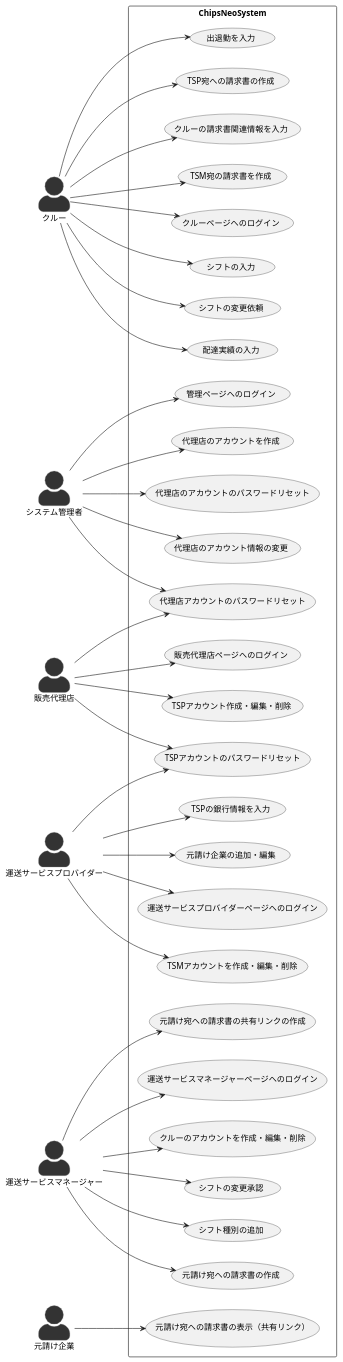
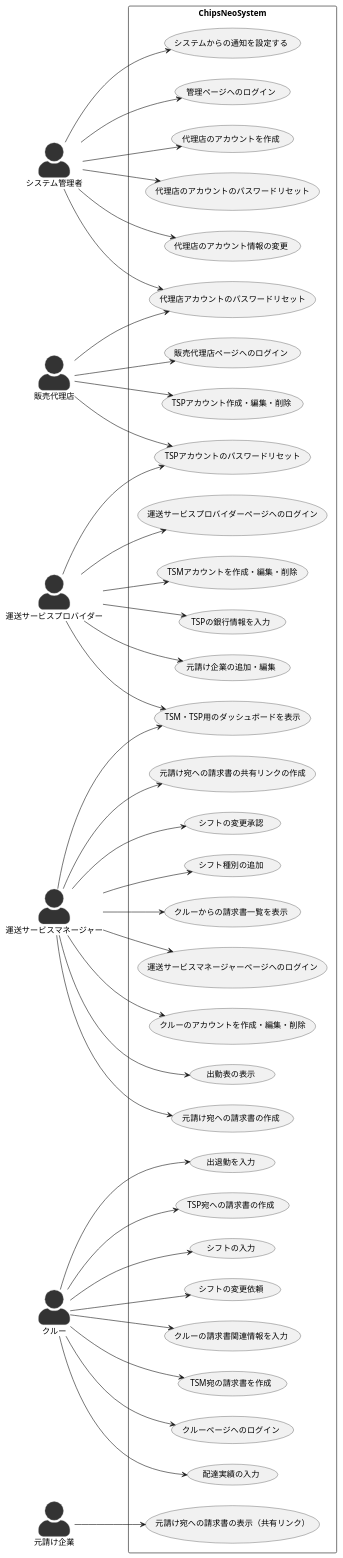
Before and after one commit to IsseiClockWise/NeoMaterials: the diagram in requirement/usecase.md, drawn with PlantUML. The commit also changed other lines of this file, not shown here.

```diff
--- a/requirement/usecase.md
+++ b/requirement/usecase.md
@@ -45,19 +45,25 @@
     usecase "TSP宛への請求書の作成"
     usecase "クルーの請求書関連情報を入力"
     usecase "シフト種別の追加"
+    usecase "システムからの通知を設定する"
+    usecase "TSM・TSP用のダッシュボードを表示"
+    usecase "クルーからの請求書一覧を表示"
+    usecase "出勤表の表示"
 }
+
 
 admin --> "管理ページへのログイン"
 admin --> "代理店のアカウントを作成"
 admin --> "代理店のアカウントのパスワードリセット"
 admin --> "代理店のアカウント情報の変更"
 admin --> "代理店アカウントのパスワードリセット"
+admin --> "システムからの通知を設定する"
 
 sales_agent --> "販売代理店ページへのログイン" 
 sales_agent --> "TSPアカウント作成・編集・削除"
 sales_agent --> "代理店アカウントのパスワードリセット"
+sales_agent --> "TSPアカウントのパスワードリセット"
 
-sales_agent --> "TSPアカウントのパスワードリセット"
 trans_service_provider --> "TSPアカウントのパスワードリセット"
 
 trans_service_provider --> "運送サービスプロバイダーページへのログイン"
@@ -66,17 +72,22 @@
 trans_service_provider --> "TSPの銀行情報を入力"
 trans_service_provider --> "元請け企業の追加・編集"
 
+trans_service_manager --> "運送サービスマネージャーページへのログイン"
+trans_service_manager --> "TSM・TSP用のダッシュボードを表示"
+trans_service_provider --> "TSM・TSP用のダッシュボードを表示"
 trans_service_manager --> "クルーのアカウントを作成・編集・削除"
-trans_service_manager --> "運送サービスマネージャーページへのログイン"
 trans_service_manager --> "元請け宛への請求書の作成"
 trans_service_manager --> "シフトの変更承認"
 trans_service_manager --> "元請け宛への請求書の共有リンクの作成"
 trans_service_manager --> "シフト種別の追加"
+trans_service_manager --> "クルーからの請求書一覧を表示"
+trans_service_manager --> "出勤表の表示"
+
 
 crew --> "クルーページへのログイン"
 crew --> "シフトの入力"
 crew --> "シフトの変更依頼"
-crew -> "TSM宛の請求書を作成"
+crew --> "TSM宛の請求書を作成"
 crew --> "出退勤を入力"
 crew --> "配達実績の入力"
 crew --> "TSP宛への請求書の作成"
```
